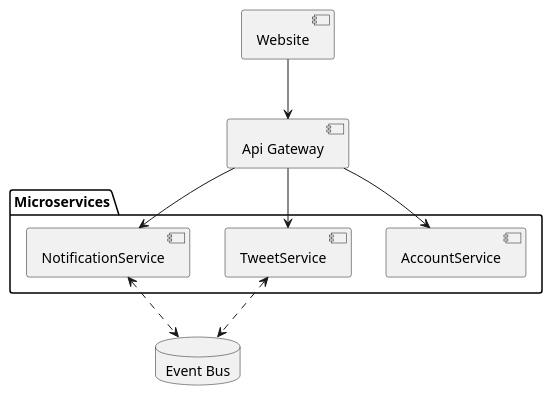
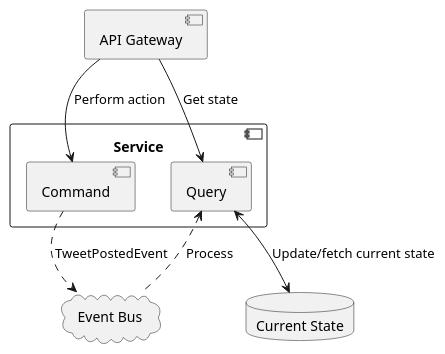
Before and after one commit to Kwetterprise/EDD: the second of 2 diagrams in figures/highlevel.pu, drawn with PlantUML. The commit also changed other lines of this file and 5 other files, not shown here.

```diff
--- a/figures/highlevel.pu
+++ b/figures/highlevel.pu
@@ -27,23 +28,21 @@
-@startuml "Container"
+@startuml "service"
 
-component "Website" as Website
+component api as "API Gateway"
+cloud event as "Event Bus"
 
-component "Api Gateway" as mlb
-Website --> mlb
-
-package Microservices {
-    component AccountService
-    component TweetService
-    component NotificationService
+component Service as service {
+    component Command
+    component Query
 }
 
-mlb --> NotificationService
-mlb --> TweetService
-mlb --> AccountService
+database "Current State" as state
 
-database "Event Bus" as EventBus
+api --> Query : "Get state"
+api --> Command : "Perform action"
 
-TweetService <..> EventBus
-NotificationService <..> EventBus
+Command ..> event : TweetPostedEvent
+Query <.. event : Process
+
+Query <--> state : Update/fetch current state
 
 @enduml
```
